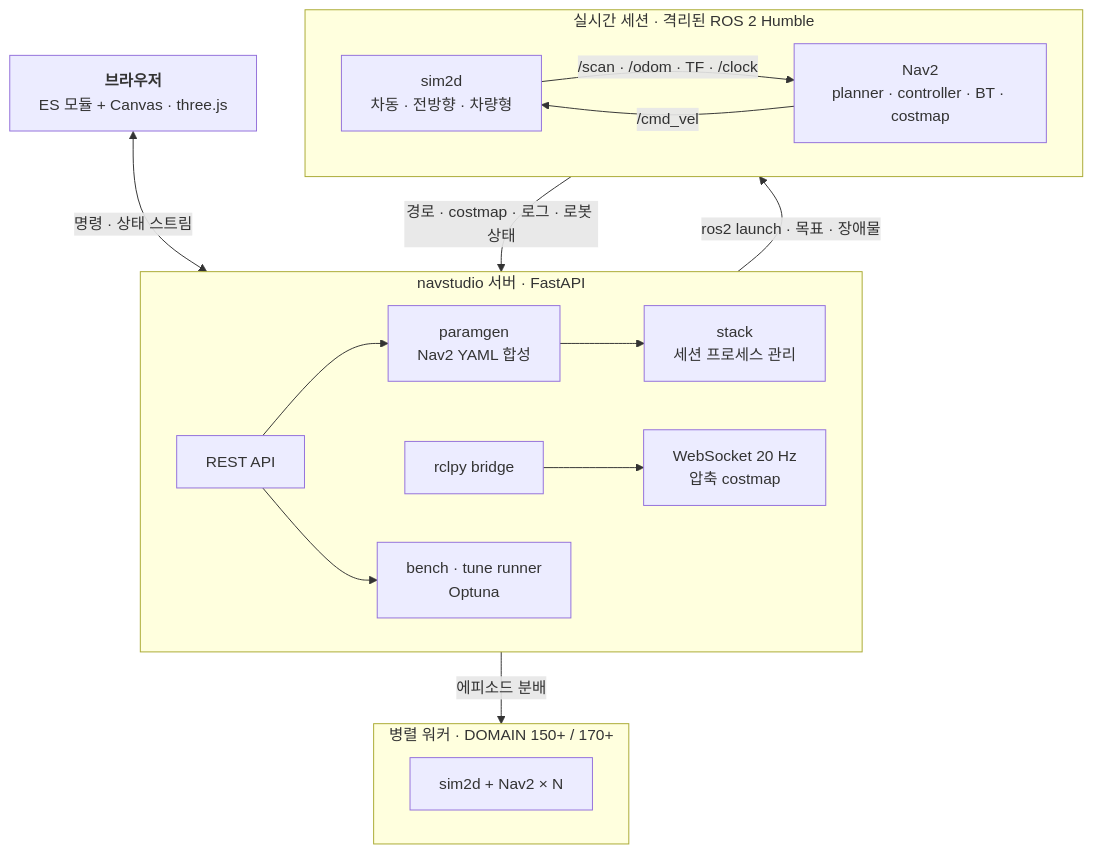
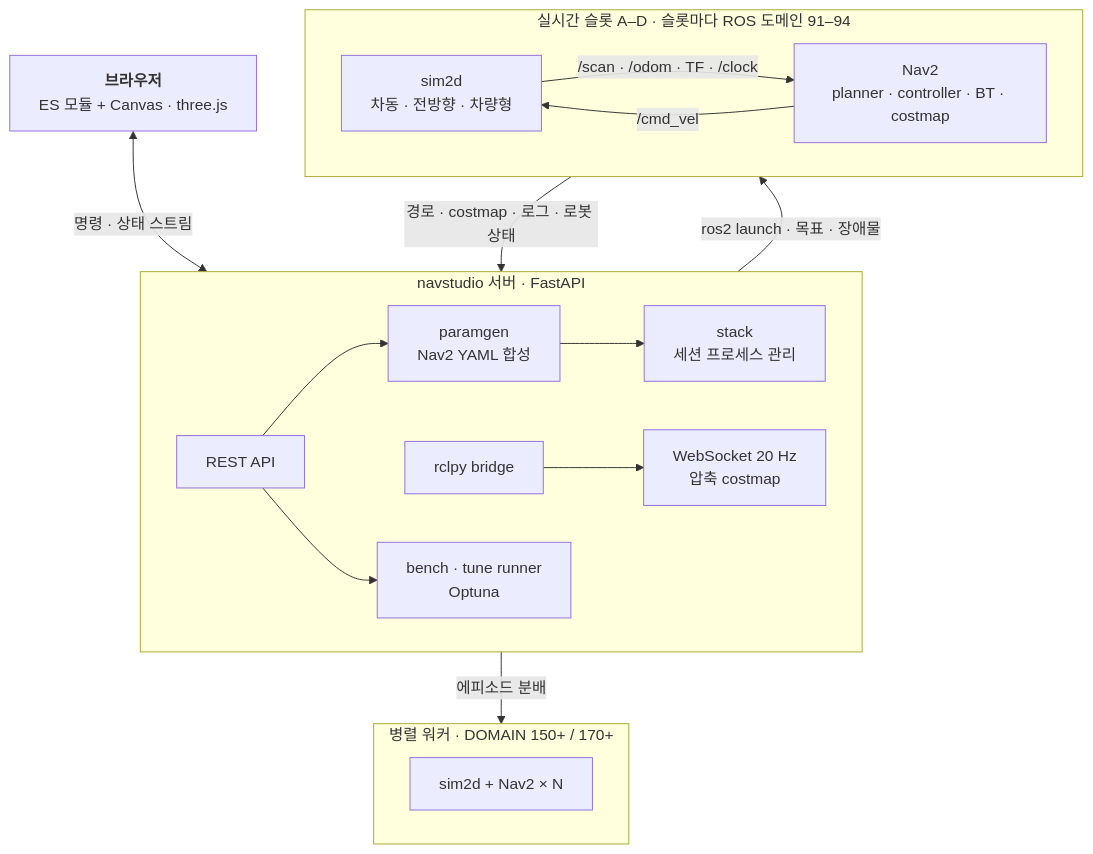
The diagram in README.md (Hwan-Yeong/nav2_simulator_app), drawn with Mermaid before and after one commit. The commit also changed other lines of this file and 14 other files, not shown here.

````diff
--- a/README.md
+++ b/README.md
@@ -45,22 +50,22 @@
 ```mermaid
 flowchart TB
   UI["<b>브라우저</b><br/>ES 모듈 + Canvas · three.js"]
   subgraph S["navstudio 서버 · FastAPI"]
     direction LR
     API["REST API"] --> PG["paramgen<br/>Nav2 YAML 합성"] --> ST["stack<br/>세션 프로세스 관리"]
     BR["rclpy bridge"] --> WS["WebSocket 20 Hz<br/>압축 costmap"]
     API --> RUN["bench · tune runner<br/>Optuna"]
   end
-  subgraph R["실시간 세션 · 격리된 ROS 2 Humble"]
+  subgraph R["실시간 슬롯 A–D · 슬롯마다 ROS 도메인 91–94"]
     direction LR
     SIM["sim2d<br/>차동 · 전방향 · 차량형"] -->|"/scan · /odom · TF · /clock"| NAV["Nav2<br/>planner · controller · BT · costmap"]
     NAV -->|"/cmd_vel"| SIM
   end
   subgraph P["병렬 워커 · DOMAIN 150+ / 170+"]
     W["sim2d + Nav2 × N"]
   end
   UI <-->|"명령 · 상태 스트림"| S
   S -->|"ros2 launch · 목표 · 장애물"| R
   R -->|"경로 · costmap · 로그 · 로봇 상태"| S
   S -->|"에피소드 분배"| P
 ```
````
